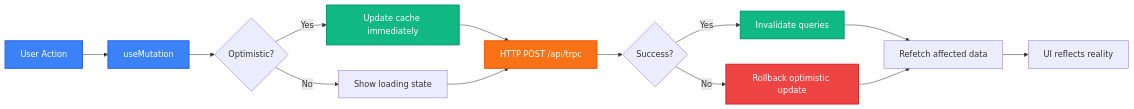
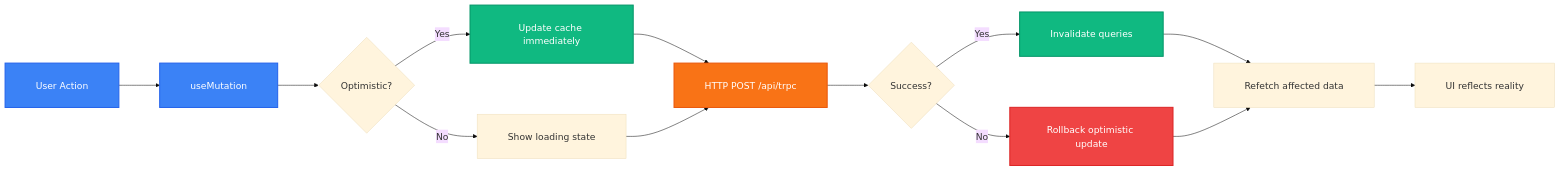
Before and after one commit to drifter089/orgOS: the fourth of 13 diagrams in src/app/docs/architecture/concepts/page.md, drawn with Mermaid. The commit also changed other lines of this file and 4 other files, not shown here.

````diff
--- a/src/app/docs/architecture/concepts/page.md
+++ b/src/app/docs/architecture/concepts/page.md
@@ -206,28 +206,29 @@
 ```mermaid
+%%{init: {'theme':'base', 'themeVariables': {'fontSize':'18px'}, 'flowchart':{'padding':30, 'nodeSpacing':100, 'rankSpacing':80, 'curve':'basis'}}}%%
 graph LR
     A[User Action] --> B[useMutation]
     B --> C{Optimistic?}
 
     C -->|Yes| D1[Update cache immediately]
     C -->|No| D2[Show loading state]
 
     D1 --> E[HTTP POST /api/trpc]
     D2 --> E
 
     E --> F{Success?}
 
     F -->|Yes| G[Invalidate queries]
     F -->|No| H[Rollback optimistic update]
 
     G --> I[Refetch affected data]
     H --> I
 
     I --> J[UI reflects reality]
 
     style A fill:#3b82f6,stroke:#2563eb,stroke-width:2px,color:#fff
     style B fill:#3b82f6,stroke:#2563eb,stroke-width:2px,color:#fff
     style D1 fill:#10b981,stroke:#059669,stroke-width:2px,color:#fff
     style E fill:#f97316,stroke:#ea580c,stroke-width:2px,color:#fff
     style G fill:#10b981,stroke:#059669,stroke-width:2px,color:#fff
     style H fill:#ef4444,stroke:#dc2626,stroke-width:2px,color:#fff
 ```
````
